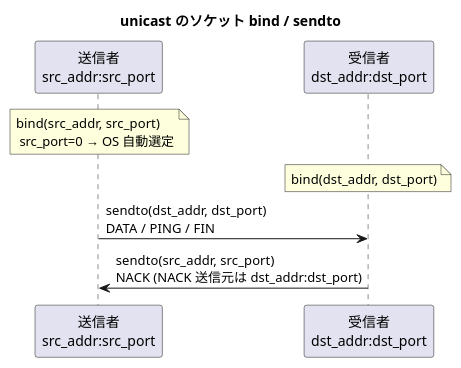
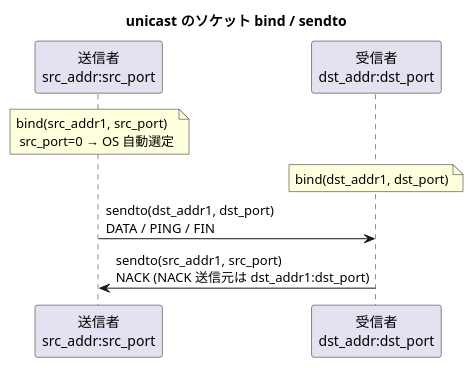
Before and after one commit to Hondarer/app_porter: the first of 5 diagrams in docs/config.md, drawn with PlantUML. The commit also changed other lines of this file and 27 other files, not shown here.

````diff
--- a/docs/config.md
+++ b/docs/config.md
@@ -347,14 +363,14 @@
 ```plantuml
 @startuml
 title unicast のソケット bind / sendto
 
 participant "送信者\nsrc_addr:src_port" as S
 participant "受信者\ndst_addr:dst_port" as R
 
-note over S: bind(src_addr, src_port)\n src_port=0 → OS 自動選定
-note over R: bind(dst_addr, dst_port)
+note over S: bind(src_addr1, src_port)\n src_port=0 → OS 自動選定
+note over R: bind(dst_addr1, dst_port)
 
-S -> R: sendto(dst_addr, dst_port)\nDATA / PING / FIN
-R -> S: sendto(src_addr, src_port)\nNACK (NACK 送信元は dst_addr:dst_port)
+S -> R: sendto(dst_addr1, dst_port)\nDATA / PING / FIN
+R -> S: sendto(src_addr1, src_port)\nNACK (NACK 送信元は dst_addr1:dst_port)
 @enduml
 ```
````
